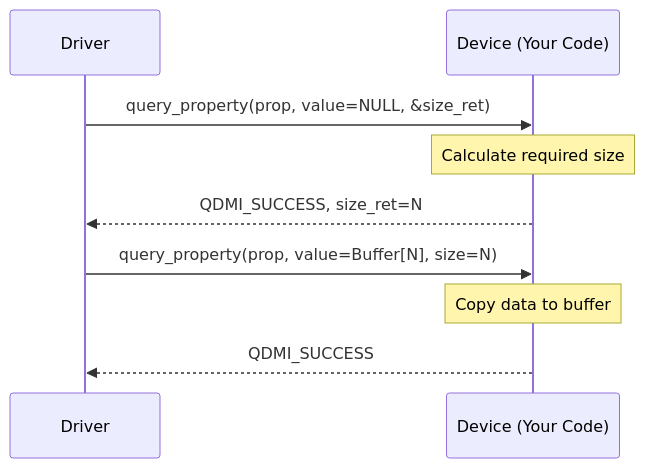
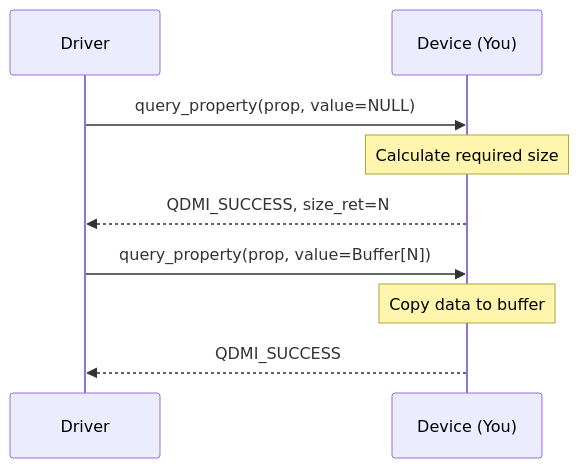
One commit to Munich-Quantum-Software-Stack/QDMI changed the third of 4 diagrams in docs/tutorial.md. Above: the diagram before and after it, drawn with Mermaid. The commit also changed other lines of this file, not shown here.

````diff
--- a/docs/tutorial.md
+++ b/docs/tutorial.md
@@ -331,11 +197,13 @@
 ```mermaid
 sequenceDiagram
+    accTitle: Two-Step Query Handshake
+    accDescr: Sequence diagram illustrating the handshake between the Driver and the Device to query a property. 
     participant D as Driver
-    participant V as Device (Your Code)
-    D->>V: query_property(prop, value=NULL, &size_ret)
+    participant V as Device (You)
+    D->>V: query_property(prop, value=NULL)
     Note over V: Calculate required size
     V-->>D: QDMI_SUCCESS, size_ret=N
-    D->>V: query_property(prop, value=Buffer[N], size=N)
+    D->>V: query_property(prop, value=Buffer[N])
     Note over V: Copy data to buffer
     V-->>D: QDMI_SUCCESS
 ```
````
